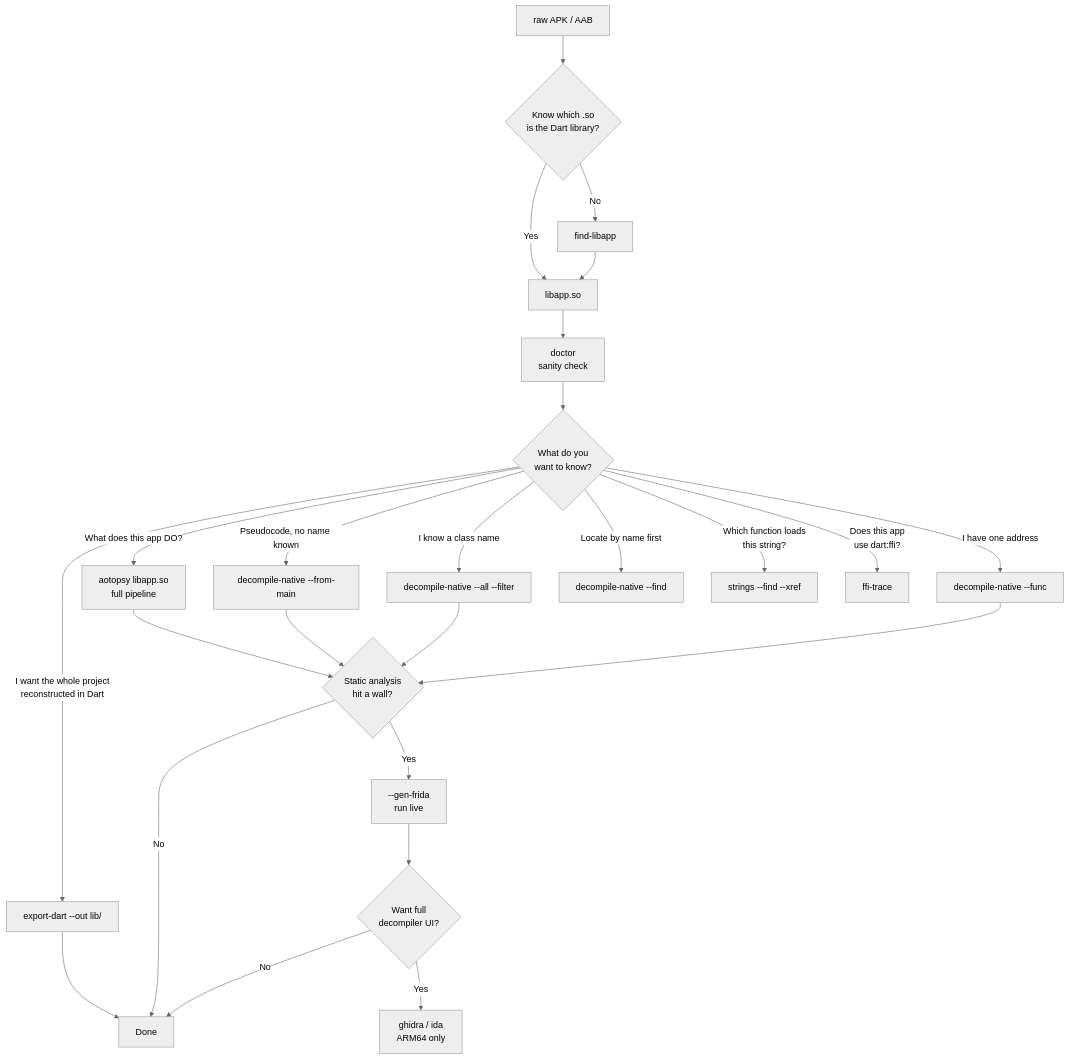
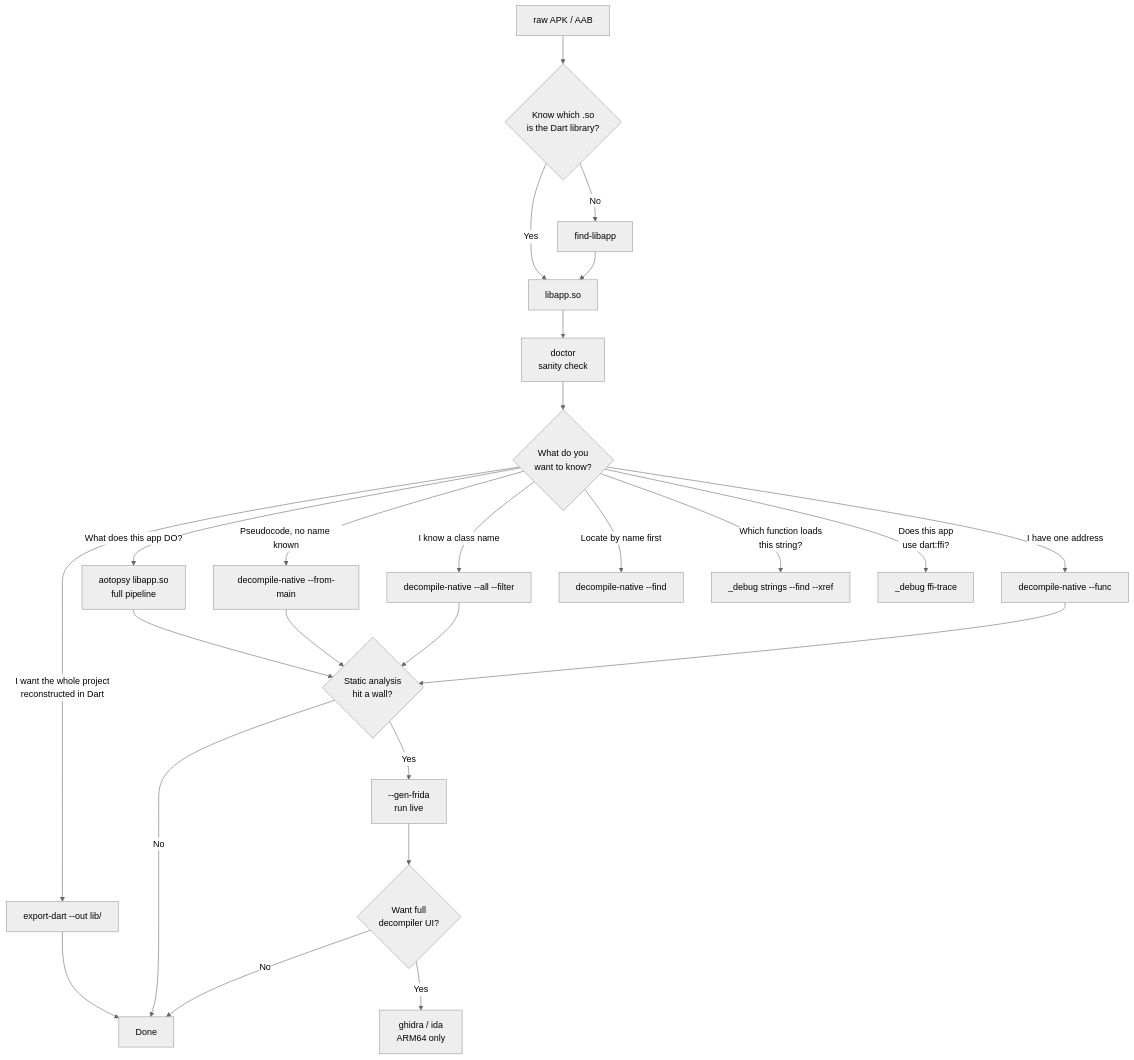
Before and after one commit to BroNils/aotopsy: the diagram in WORKFLOW.md, drawn with Mermaid (neutral theme). The commit also changed 397 other files, not shown here.

First line of the commit message:
v1.2.0: Architecture refactor, SSA fixpoint, FPU/SIMD, evidence engine & QA hardening (#10)

````diff
--- a/WORKFLOW.md
+++ b/WORKFLOW.md
@@ -14,27 +14,27 @@
 ```mermaid
 flowchart TD
     APK[raw APK / AAB] --> Q1{"Know which .so<br/>is the Dart library?"}
     Q1 -->|No| FL[find-libapp]
     Q1 -->|Yes| LIB[libapp.so]
     FL --> LIB
     LIB --> DOC[doctor<br/>sanity check]
     DOC --> Q2{"What do you<br/>want to know?"}
     Q2 -->|"I want the whole project<br/>reconstructed in Dart"| EXP[export-dart --out lib/]
     Q2 -->|"What does this app DO?"| FULL[aotopsy libapp.so<br/>full pipeline]
     Q2 -->|"Pseudocode, no name known"| FM[decompile-native --from-main]
     Q2 -->|"I know a class name"| FIL[decompile-native --all --filter]
     Q2 -->|"I have one address"| FUNC[decompile-native --func]
     Q2 -->|"Locate by name first"| FIND[decompile-native --find]
-    Q2 -->|"Which function loads<br/>this string?"| XREF[strings --find --xref]
-    Q2 -->|"Does this app<br/>use dart:ffi?"| FFI[ffi-trace]
+    Q2 -->|"Which function loads<br/>this string?"| XREF[_debug strings --find --xref]
+    Q2 -->|"Does this app<br/>use dart:ffi?"| FFI[_debug ffi-trace]
     EXP --> DONE[Done]
     FULL --> WALL{Static analysis<br/>hit a wall?}
     FM --> WALL
     FIL --> WALL
     FUNC --> WALL
     WALL -->|Yes| FRIDA[--gen-frida<br/>run live]
     WALL -->|No| DONE
     FRIDA --> UI{Want full<br/>decompiler UI?}
     UI -->|Yes| GH[ghidra / ida<br/>ARM64 only]
     UI -->|No| DONE
 ```
````
